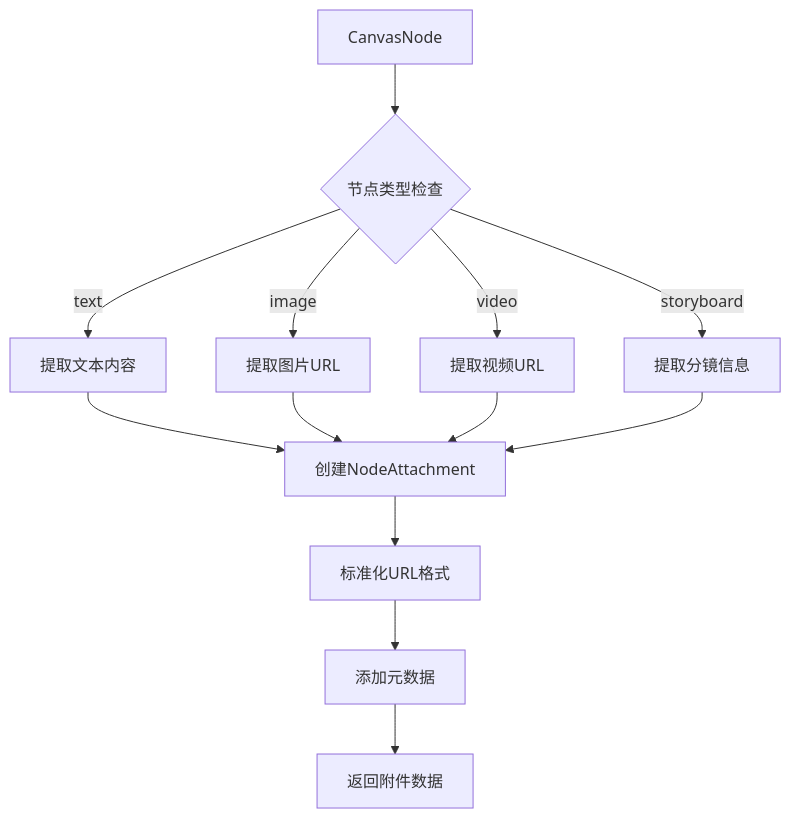
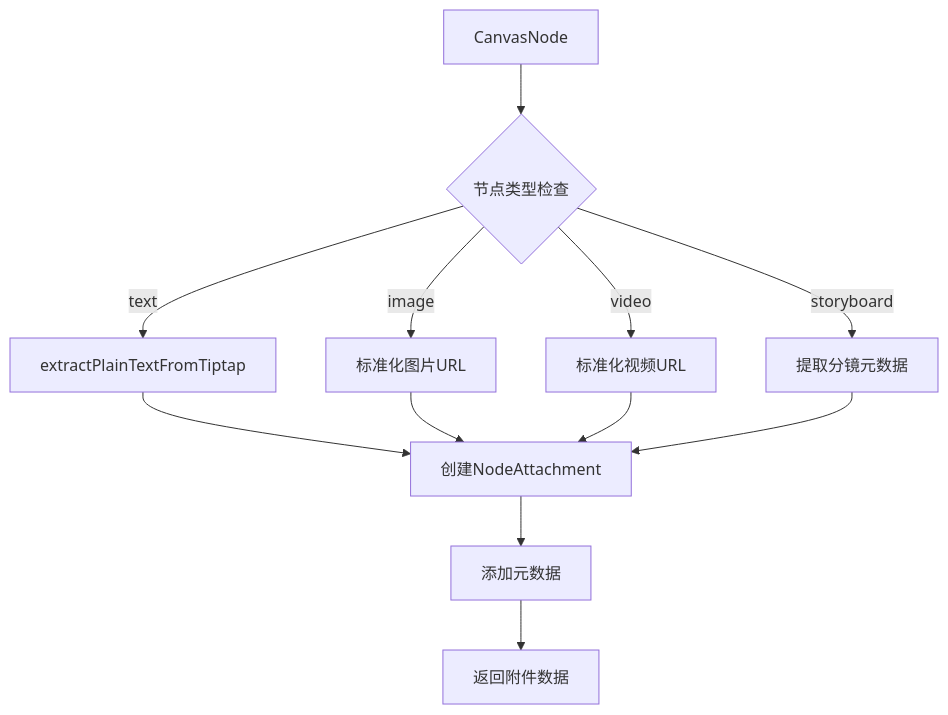
One commit to KunLabAI/KunFlix changed diagram 12 of 15 in .qoder/repowiki/zh/content/前端应用架构/UI组件库/画布组件系统/AI助手面板/多图片支持增强.md. Above: the diagram before and after it, drawn with Mermaid. The commit also changed other lines of this file and 14 other files, not shown here.

````diff
--- a/.qoder/repowiki/zh/content/前端应用架构/UI组件库/画布组件系统/AI助手面板/多图片支持增强.md
+++ b/.qoder/repowiki/zh/content/前端应用架构/UI组件库/画布组件系统/AI助手面板/多图片支持增强.md
@@ -448,15 +487,14 @@
 ```mermaid
 flowchart TD
 A[CanvasNode] --> B{节点类型检查}
-B --> |text| C[提取文本内容]
-B --> |image| D[提取图片URL]
-B --> |video| E[提取视频URL]
-B --> |storyboard| F[提取分镜信息]
+B --> |text| C[extractPlainTextFromTiptap]
+B --> |image| D[标准化图片URL]
+B --> |video| E[标准化视频URL]
+B --> |storyboard| F[提取分镜元数据]
 C --> G[创建NodeAttachment]
 D --> G
 E --> G
 F --> G
-G --> H[标准化URL格式]
-H --> I[添加元数据]
-I --> J[返回附件数据]
+G --> H[添加元数据]
+H --> I[返回附件数据]
 ```
````
